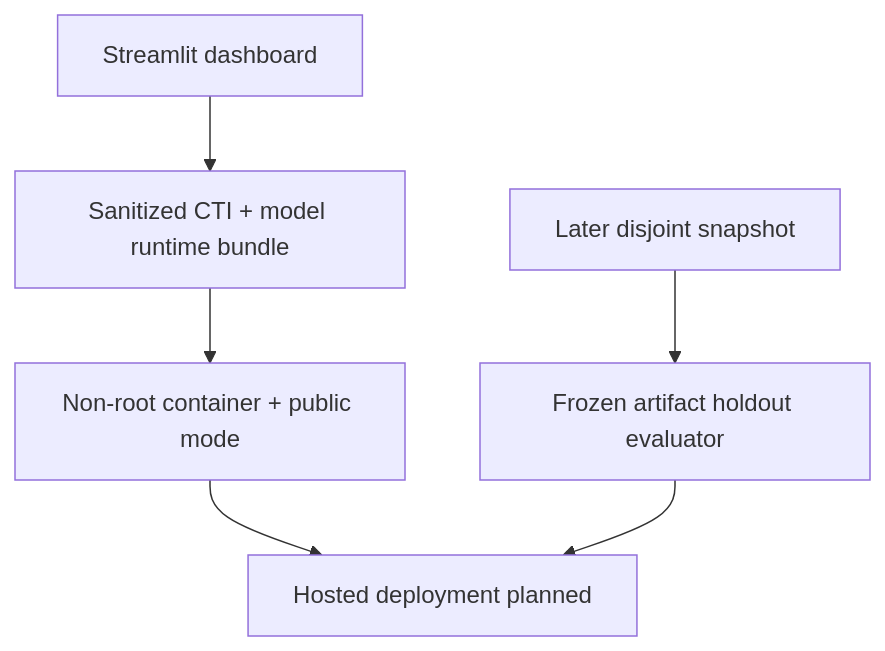
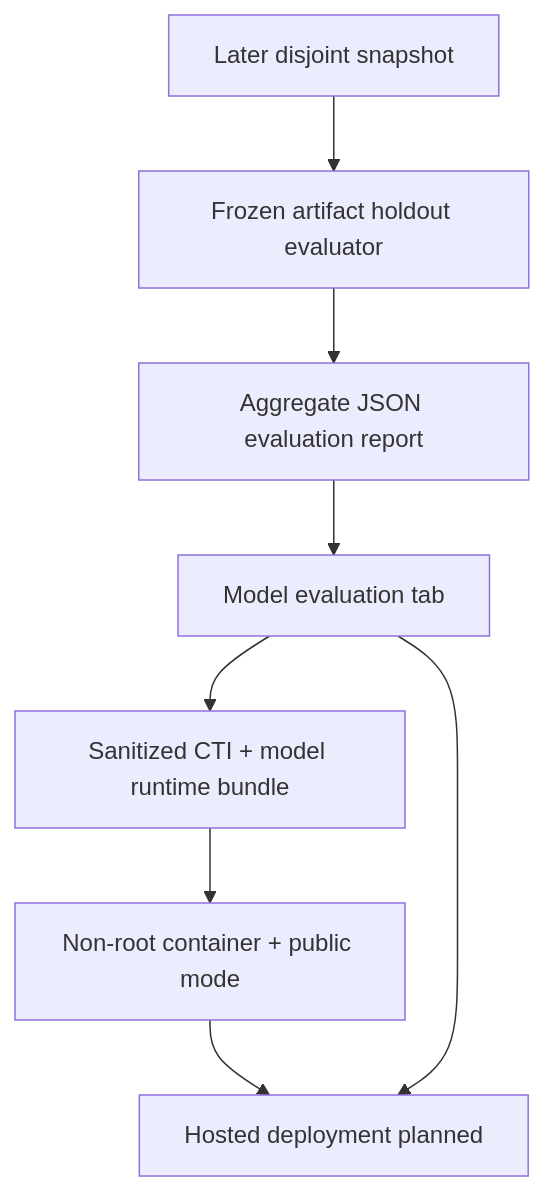
One commit to ConquestorYa/threatfusion-ai changed the sixth of 6 diagrams in docs/ARCHITECTURE.md. Above: the diagram before and after it, drawn with Mermaid. The commit also changed other lines of this file, not shown here.

Commit message:
docs: add evaluation report architecture

````diff
--- a/docs/ARCHITECTURE.md
+++ b/docs/ARCHITECTURE.md
@@ -105,8 +105,10 @@
 ```mermaid
 flowchart TD
     Dashboard[Streamlit dashboard] --> Bundle[Sanitized CTI + model runtime bundle]
     Bundle --> Container[Non-root container + public mode]
     Container --> Hosted[Hosted deployment planned]
     Holdout[Later disjoint snapshot] --> Eval[Frozen artifact holdout evaluator]
-    Eval --> Hosted
+    Eval --> EvalReport[Aggregate JSON evaluation report]
+    EvalReport --> Dashboard[Model evaluation tab]
+    Dashboard --> Hosted
 ```
````
